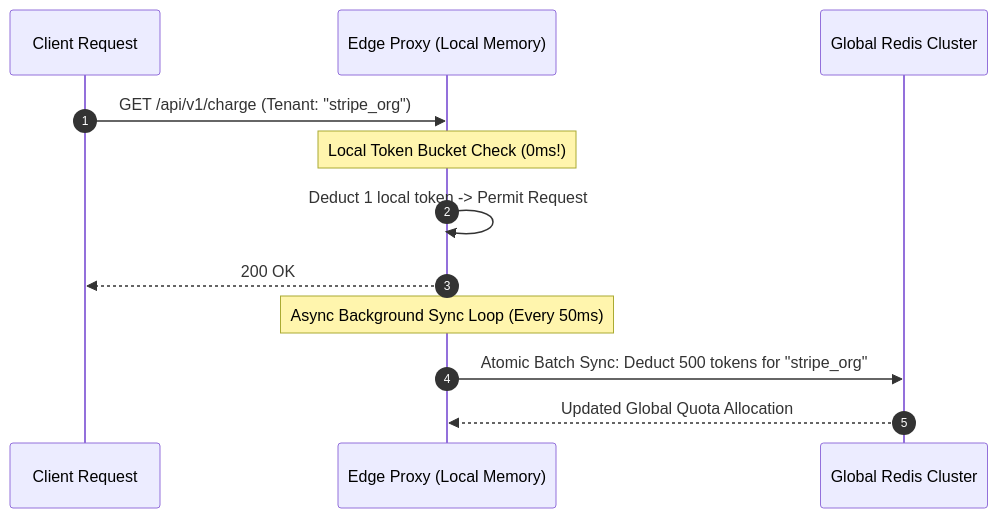
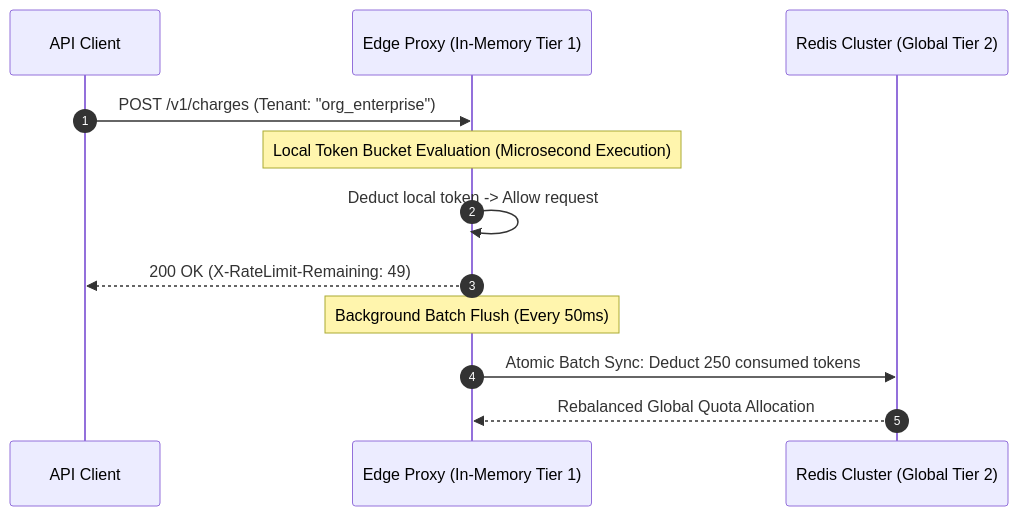
The second of 3 diagrams in blog/posts/adaptive-rate-limiting-1m-rps-token-bucket-sliding-window-redis.md (akmalkhaniub/akmalkhaniub.github.io), drawn with Mermaid before and after one commit. The commit also changed other lines of this file and 659 other files, not shown here.

````diff
--- a/blog/posts/adaptive-rate-limiting-1m-rps-token-bucket-sliding-window-redis.md
+++ b/blog/posts/adaptive-rate-limiting-1m-rps-token-bucket-sliding-window-redis.md
@@ -76,16 +68,16 @@
 ```mermaid
 sequenceDiagram
   autonumber
-  participant Client as Client Request
-  participant Edge as Edge Proxy (Local Memory)
-  participant Redis as Global Redis Cluster
+  participant Client as API Client
+  participant Edge as Edge Proxy (In-Memory Tier 1)
+  participant Redis as Redis Cluster (Global Tier 2)
 
-  Client->>Edge: GET /api/v1/charge (Tenant: "stripe_org")
-  Note over Edge: Local Token Bucket Check (0ms!)
-  Edge->>Edge: Deduct 1 local token -> Permit Request
-  Edge-->>Client: 200 OK
-  
-  Note over Edge: Async Background Sync Loop (Every 50ms)
-  Edge->>Redis: Atomic Batch Sync: Deduct 500 tokens for "stripe_org"
-  Redis-->>Edge: Updated Global Quota Allocation
+  Client->>Edge: POST /v1/charges (Tenant: "org_enterprise")
+  Note over Edge: Local Token Bucket Evaluation (Microsecond Execution)
+  Edge->>Edge: Deduct local token -> Allow request
+  Edge-->>Client: 200 OK (X-RateLimit-Remaining: 49)
+
+  Note over Edge: Background Batch Flush (Every 50ms)
+  Edge->>Redis: Atomic Batch Sync: Deduct 250 consumed tokens
+  Redis-->>Edge: Rebalanced Global Quota Allocation
 ```
````
